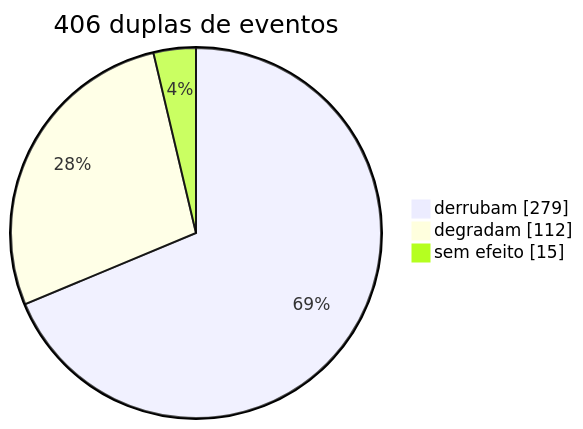
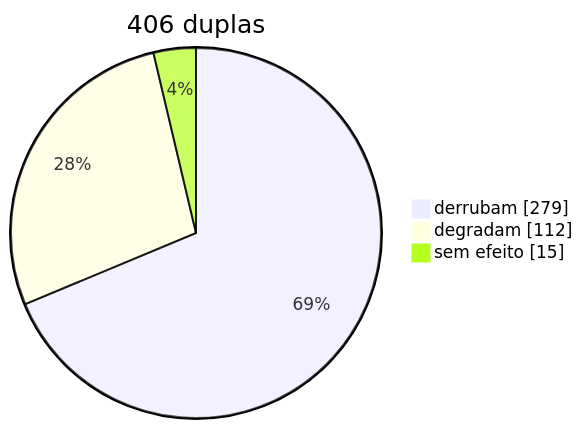
One commit to tr0drigues/gemeodigital changed the fifth of 12 diagrams in README.md. Above: the diagram before and after it, drawn with Mermaid. The commit also changed other lines of this file and 2 other files, not shown here.

````diff
--- a/README.md
+++ b/README.md
@@ -301,6 +231,6 @@
 ```mermaid
-pie showData title 406 duplas de eventos
+pie showData title 406 duplas
     "derrubam" : 279
     "degradam" : 112
     "sem efeito" : 15
 ```
````
